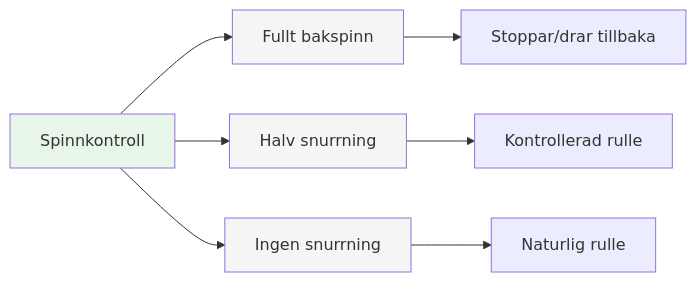
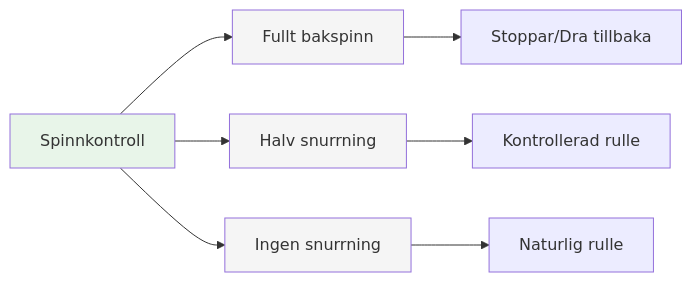
Before and after one commit to patwii/petanque-academy: the third of 6 diagrams in docs/sv/technical/throws.md, drawn with Mermaid. The commit also changed other lines of this file and 532 other files, not shown here.

````diff
--- a/docs/sv/technical/throws.md
+++ b/docs/sv/technical/throws.md
@@ -56,15 +56,15 @@
 ```mermaid
 graph LR
     A[Spinnkontroll] --> B[Fullt bakspinn]
     A --> C[Halv snurrning]
     A --> D[Ingen snurrning]
 
-    B --> E[Stoppar/drar tillbaka]
+    B --> E[Stoppar/Dra tillbaka]
     C --> F[Kontrollerad rulle]
     D --> G[Naturlig rulle]
 
     style A fill:#e8f5e9
     style B fill:#f5f5f5
     style C fill:#f5f5f5
     style D fill:#f5f5f5
 ```
````
